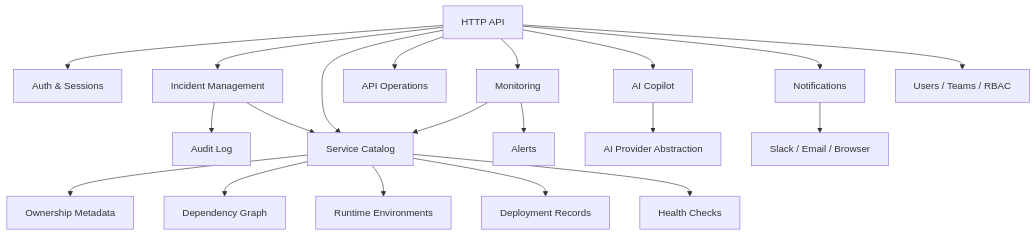
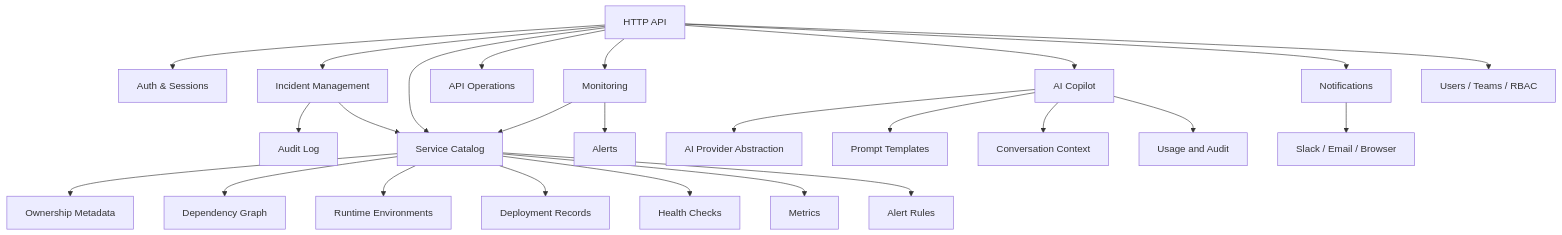
The second of 13 diagrams in docs/architecture/overview.md (Ruchi2117/PlusOps), drawn with Mermaid before and after one commit. The commit also changed other lines of this file and 197 other files, not shown here.

````diff
--- a/docs/architecture/overview.md
+++ b/docs/architecture/overview.md
@@ -24,23 +24,28 @@
 ```mermaid
 flowchart TD
   API["HTTP API"] --> Auth["Auth & Sessions"]
   API --> Incidents["Incident Management"]
   API --> Services["Service Catalog"]
   API --> ApiOps["API Operations"]
   API --> Monitoring["Monitoring"]
   API --> Copilot["AI Copilot"]
   API --> Notifications["Notifications"]
   API --> Users["Users / Teams / RBAC"]
 
   Services --> Ownership["Ownership Metadata"]
   Services --> Dependencies["Dependency Graph"]
   Services --> Environments["Runtime Environments"]
   Services --> Deployments["Deployment Records"]
   Services --> HealthChecks["Health Checks"]
+  Services --> Metrics["Metrics"]
+  Services --> AlertRules["Alert Rules"]
   Incidents --> Audit["Audit Log"]
   Incidents --> Services
   Monitoring --> Services
   Monitoring --> Alerts["Alerts"]
   Copilot --> ProviderAbstraction["AI Provider Abstraction"]
+  Copilot --> PromptSystem["Prompt Templates"]
+  Copilot --> ConversationStore["Conversation Context"]
+  Copilot --> UsageTracking["Usage and Audit"]
   Notifications --> SlackEmail["Slack / Email / Browser"]
 ```
````
